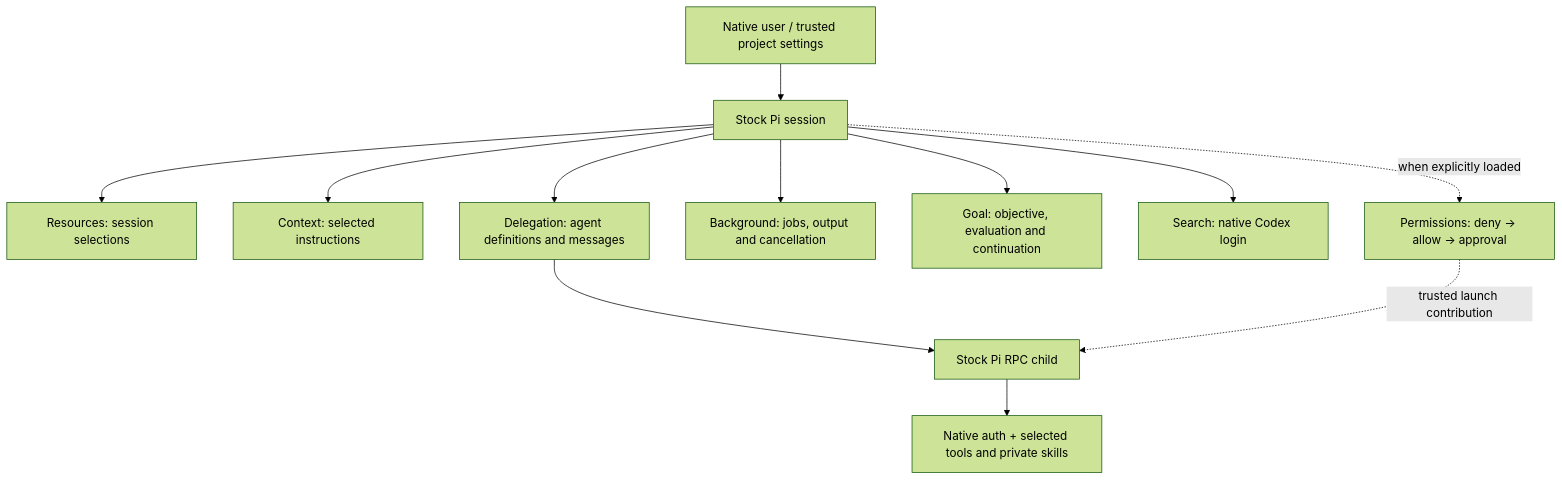
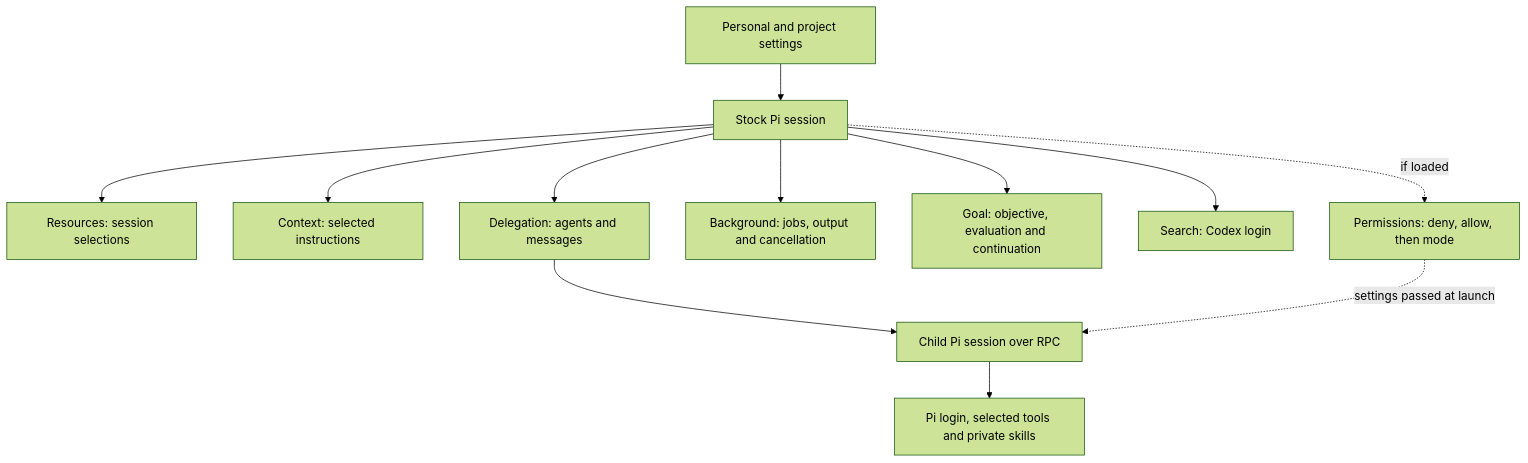
One commit to finngi/pi-packages changed the first of 2 diagrams in docs/architecture.md. Above: the diagram before and after it, drawn with Mermaid (forest theme). The commit also changed other lines of this file and 35 other files, not shown here.

````diff
--- a/docs/architecture.md
+++ b/docs/architecture.md
@@ -7,14 +7,14 @@
 ```mermaid
 flowchart TB
-  Settings["Native user / trusted project settings"] --> Pi["Stock Pi session"]
+  Settings["Personal and project settings"] --> Pi["Stock Pi session"]
   Pi --> Resources["Resources: session selections"]
   Pi --> Context["Context: selected instructions"]
-  Pi --> Delegate["Delegation: agent definitions and messages"]
+  Pi --> Delegate["Delegation: agents and messages"]
   Pi --> Jobs["Background: jobs, output and cancellation"]
   Pi --> Goal["Goal: objective, evaluation and continuation"]
-  Pi --> Search["Search: native Codex login"]
-  Pi -. "when explicitly loaded" .-> Gate["Permissions: deny → allow → approval"]
-  Delegate --> Child["Stock Pi RPC child"]
-  Child --> Native["Native auth + selected tools and private skills"]
-  Gate -. "trusted launch contribution" .-> Child
+  Pi --> Search["Search: Codex login"]
+  Pi -. "if loaded" .-> Gate["Permissions: deny, allow, then mode"]
+  Delegate --> Child["Child Pi session over RPC"]
+  Child --> Native["Pi login, selected tools and private skills"]
+  Gate -. "settings passed at launch" .-> Child
 ```
````
